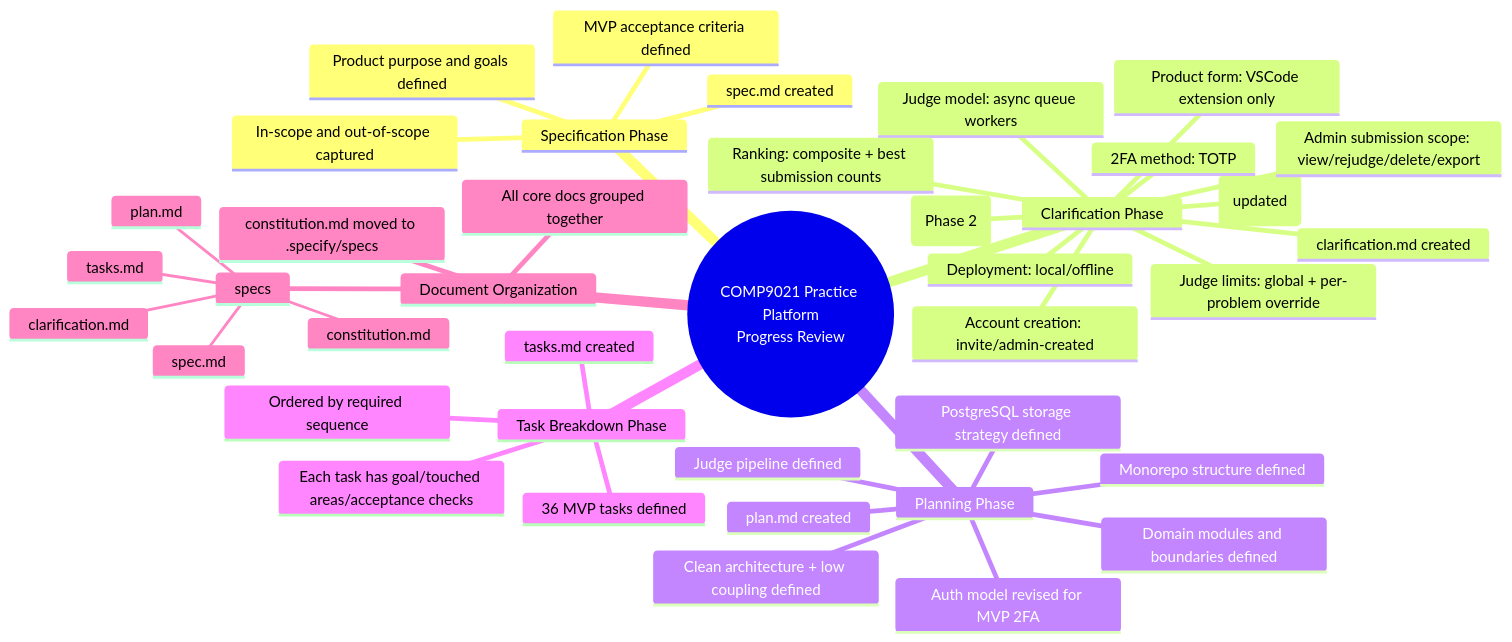
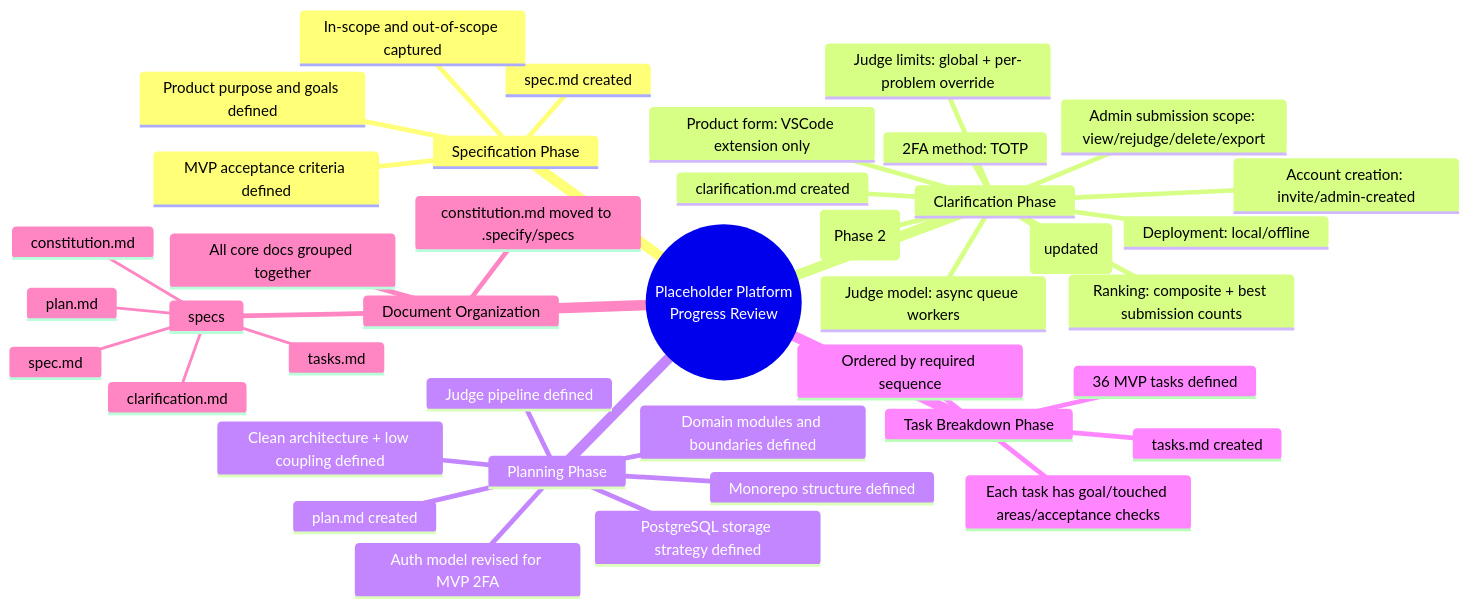
One commit to mark-yjx/placeholder-platform changed the diagram in .specify/specs/review-mindmap.md. Above: the diagram before and after it, drawn with Mermaid. The commit also changed 132 other files, not shown here.

````diff
--- a/.specify/specs/review-mindmap.md
+++ b/.specify/specs/review-mindmap.md
@@ -3,44 +3,44 @@
 ```mermaid
 mindmap
-  root((COMP9021 Practice Platform
+  root((Placeholder Platform
   Progress Review))
     Specification Phase
       spec.md created
       Product purpose and goals defined
       MVP acceptance criteria defined
       In-scope and out-of-scope captured
     Clarification Phase
       clarification.md created
       Product form: VSCode extension only
       Account creation: invite/admin-created
       2FA: mandatory in MVP (updated)
       2FA method: TOTP
       Judge limits: global + per-problem override
       Judge model: async queue workers
       Ranking: composite + best submission counts
       Plagiarism: excluded from MVP (Phase 2)
       Deployment: local/offline
       Admin submission scope: view/rejudge/delete/export
     Planning Phase
       plan.md created
       Clean architecture + low coupling defined
       Domain modules and boundaries defined
       Judge pipeline defined
       Auth model revised for MVP 2FA
       Monorepo structure defined
       PostgreSQL storage strategy defined
     Task Breakdown Phase
       tasks.md created
       36 MVP tasks defined
       Ordered by required sequence
       Each task has goal/touched areas/acceptance checks
     Document Organization
       constitution.md moved to .specify/specs
       All core docs grouped together
       specs
         constitution.md
         spec.md
         clarification.md
         plan.md
         tasks.md
 ```
````
